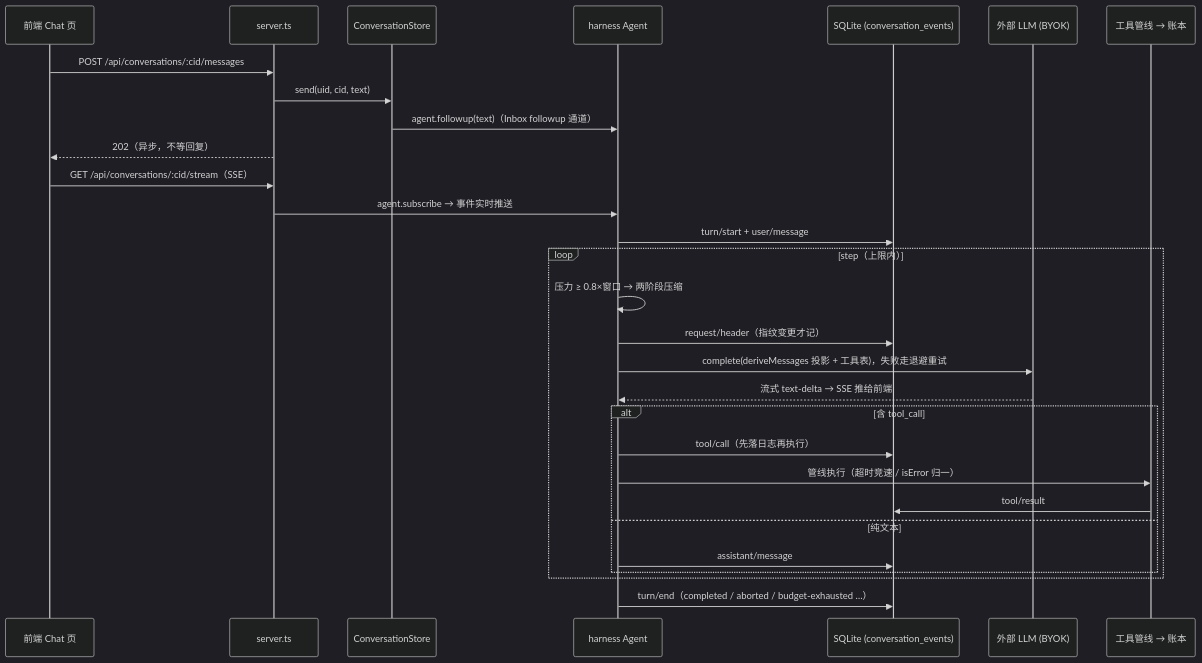
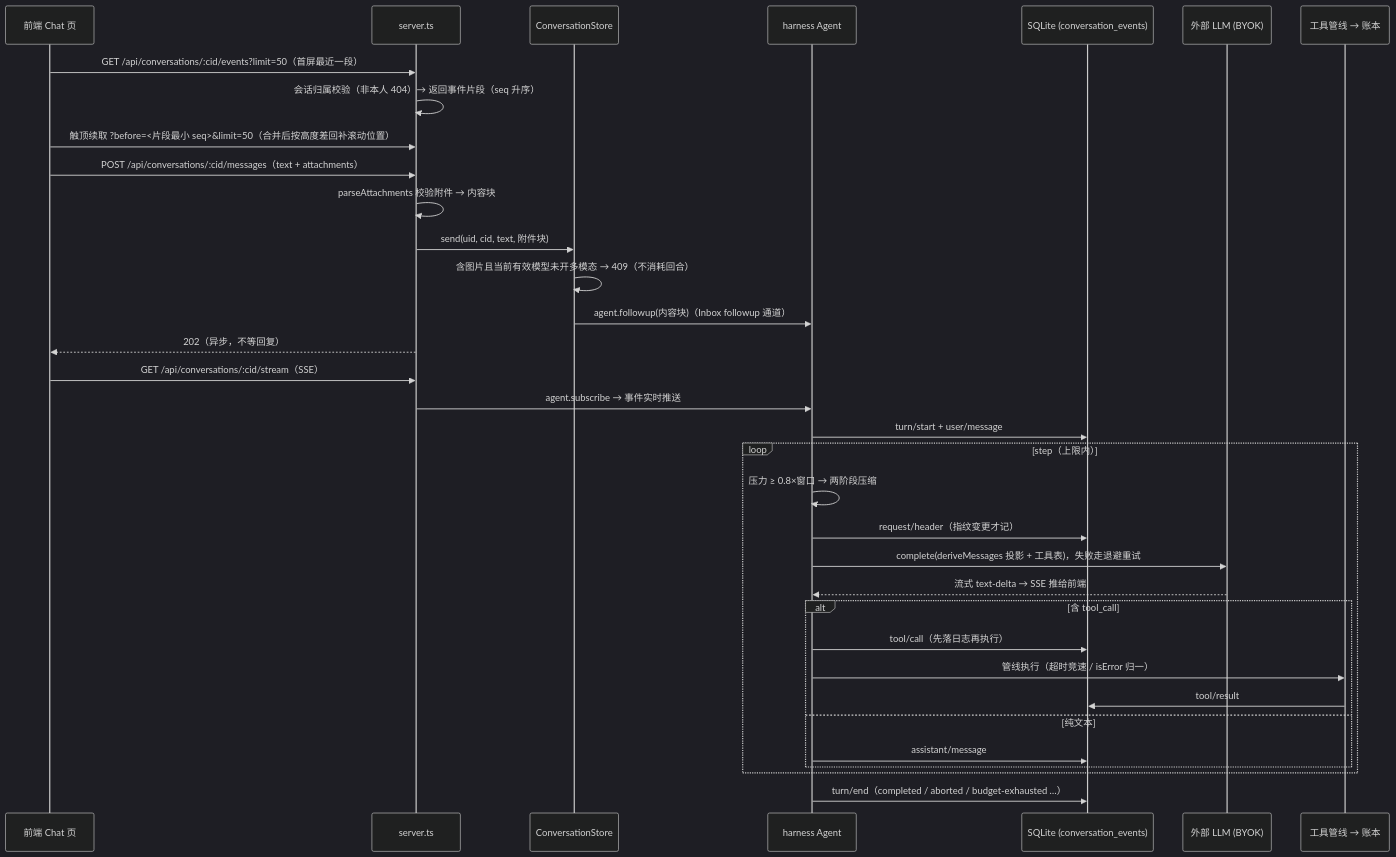
Before and after one commit to WLH55/OpenPrism: the second of 5 diagrams in docs/architecture.md, drawn with Mermaid (dark theme). The commit also changed other lines of this file and 47 other files, not shown here.

Commit message:
feat(openprism): 附件与多模态图片输入 + 用户形象 + 手机浏览器适配与公网部署——图片签名校验与多模态三处闸门、会话事件分段加载（limit/before）与跨用户越权修复、静态资源 gzip 与哈希长缓存、窄屏底部标签栏与抽屉导航、应用清单与图标（SDD，pnpm test 319/319，无头浏览器 390×844 E2E 28/28）

````diff
--- a/docs/architecture.md
+++ b/docs/architecture.md
@@ -120,32 +125,37 @@
 ```mermaid
 sequenceDiagram
     participant U as 前端 Chat 页
     participant S as server.ts
     participant C as ConversationStore
     participant A as harness Agent
     participant D as SQLite (conversation_events)
     participant M as 外部 LLM (BYOK)
     participant T as 工具管线 → 账本
 
-    U->>S: POST /api/conversations/:cid/messages
-    S->>C: send(uid, cid, text)
-    C->>A: agent.followup(text)（Inbox followup 通道）
+    U->>S: GET /api/conversations/:cid/events?limit=50（首屏最近一段）
+    S->>S: 会话归属校验（非本人 404）→ 返回事件片段（seq 升序）
+    U->>S: 触顶续取 ?before=<片段最小 seq>&limit=50（合并后按高度差回补滚动位置）
+    U->>S: POST /api/conversations/:cid/messages（text + attachments）
+    S->>S: parseAttachments 校验附件 → 内容块
+    S->>C: send(uid, cid, text, 附件块)
+    C->>C: 含图片且当前有效模型未开多模态 → 409（不消耗回合）
+    C->>A: agent.followup(内容块)（Inbox followup 通道）
     S-->>U: 202（异步，不等回复）
     U->>S: GET /api/conversations/:cid/stream（SSE）
     S->>A: agent.subscribe → 事件实时推送
     A->>D: turn/start + user/message
     loop step（上限内）
         A->>A: 压力 ≥ 0.8×窗口 → 两阶段压缩
         A->>D: request/header（指纹变更才记）
         A->>M: complete(deriveMessages 投影 + 工具表)，失败走退避重试
         M-->>A: 流式 text-delta → SSE 推给前端
         alt 含 tool_call
             A->>D: tool/call（先落日志再执行）
             A->>T: 管线执行（超时竞速 / isError 归一）
             T->>D: tool/result
         else 纯文本
             A->>D: assistant/message
         end
     end
     A->>D: turn/end（completed / aborted / budget-exhausted …）
 ```
````
